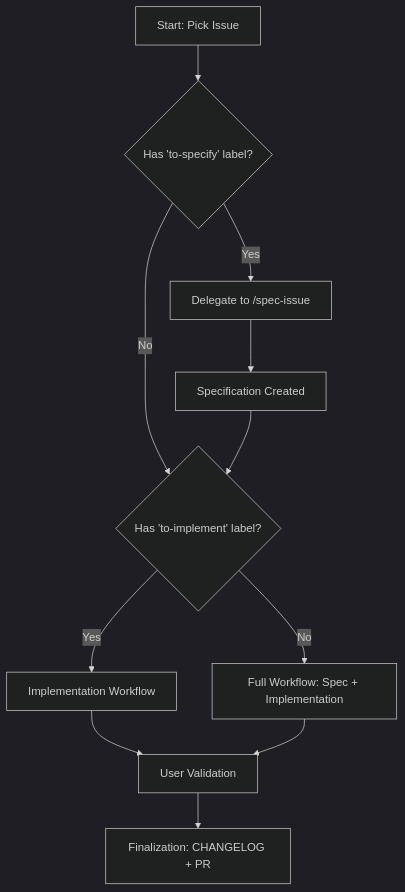
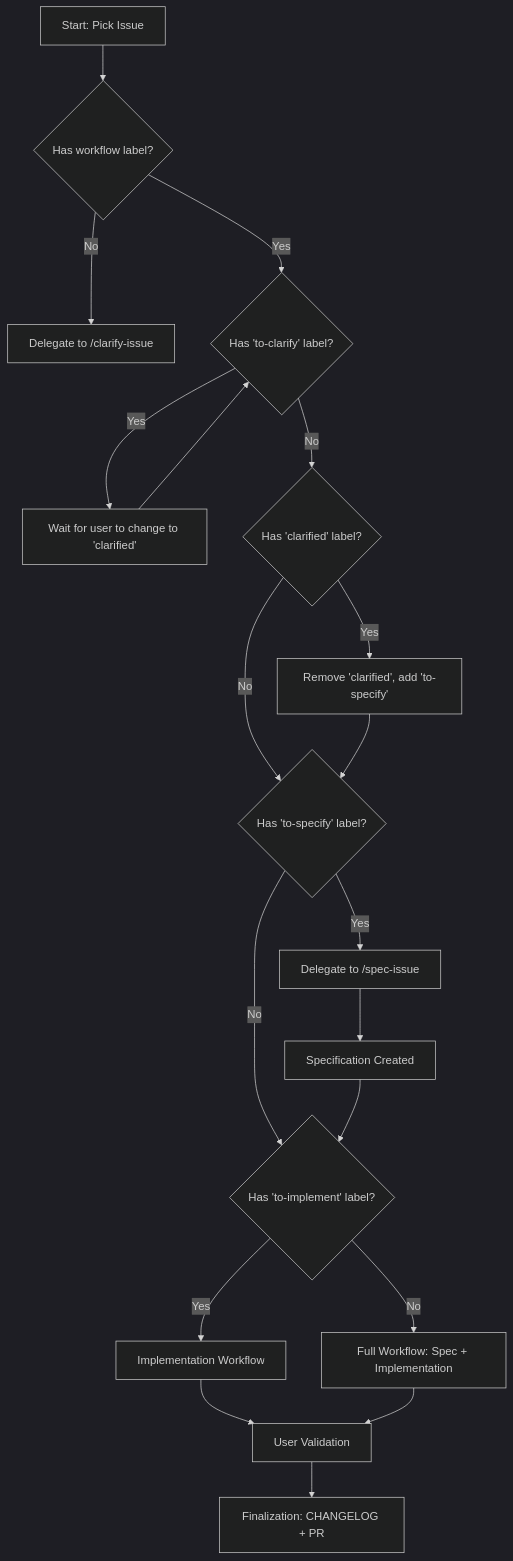
The diagram in .agents/skills/pick-issue/SKILL.md (sebastienferry/fretzee), drawn with Mermaid (dark theme) before and after one commit. The commit also changed other lines of this file and 15 other files, not shown here.

First line of the commit message:
feat(title): render diagram title above fretboard

````diff
--- a/.agents/skills/pick-issue/SKILL.md
+++ b/.agents/skills/pick-issue/SKILL.md
@@ -179,13 +203,21 @@
 ```mermaid
 graph TD
-    A[Start: Pick Issue] --> B{Has 'to-specify' label?}
-    B -->|Yes| C[Delegate to /spec-issue]
-    B -->|No| D{Has 'to-implement' label?}
-    C --> E[Specification Created]
+    A[Start: Pick Issue] --> B{Has workflow label?}
+    B -->|No| C[Delegate to /clarify-issue]
+    B -->|Yes| D{Has 'to-clarify' label?}
+    D -->|Yes| E[Wait for user to change to 'clarified']
+    D -->|No| F{Has 'clarified' label?}
+    F -->|Yes| G[Remove 'clarified', add 'to-specify']
+    F -->|No| H{Has 'to-specify' label?}
+    G --> H
+    H -->|Yes| I[Delegate to /spec-issue]
+    H -->|No| J{Has 'to-implement' label?}
+    I --> K[Specification Created]
+    K --> J
+    J -->|Yes| L[Implementation Workflow]
+    J -->|No| M[Full Workflow: Spec + Implementation]
+    L --> N[User Validation]
+    M --> N
+    N --> O[Finalization: CHANGELOG + PR]
     E --> D
-    D -->|Yes| F[Implementation Workflow]
-    D -->|No| G[Full Workflow: Spec + Implementation]
-    F --> H[User Validation]
-    G --> H
-    H --> I[Finalization: CHANGELOG + PR]
 ```
````
